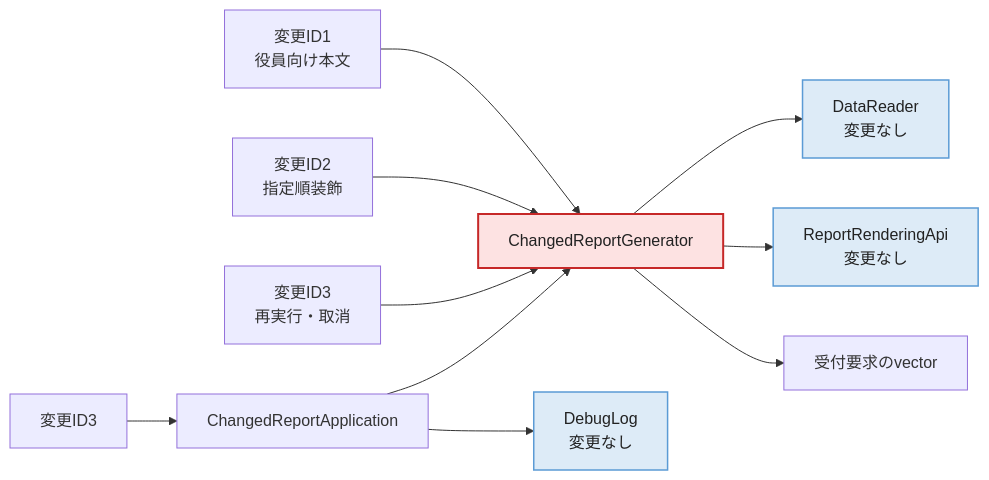
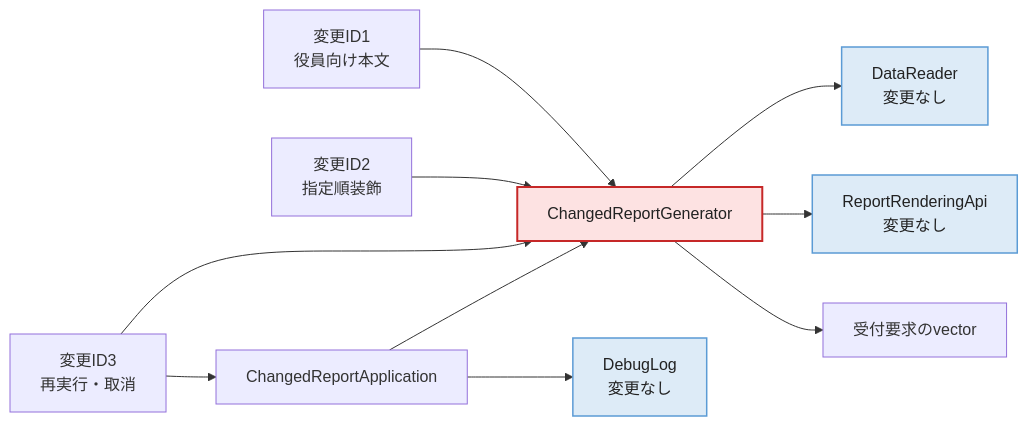
One commit to kumachan1101-pixel/DesignPattern changed the fourth of 18 diagrams in kindle/design-patterns/output/chapter11.md. Above: the diagram before and after it, drawn with Mermaid. The commit also changed other lines of this file and 13 other files, not shown here.

````diff
--- a/kindle/design-patterns/output/chapter11.md
+++ b/kindle/design-patterns/output/chapter11.md
@@ -1003,16 +1003,16 @@
 ```mermaid
 graph LR
     C1["変更ID1<br/>役員向け本文"] --> G["ChangedReportGenerator"]
     C2["変更ID2<br/>指定順装飾"] --> G
     C3["変更ID3<br/>再実行・取消"] --> G
-    変更ID3 --> APP["ChangedReportApplication"]
+    C3 --> APP["ChangedReportApplication"]
     APP --> G
     APP --> L["DebugLog<br/>変更なし"]:::stable
     G --> D["DataReader<br/>変更なし"]:::stable
     G --> A["ReportRenderingApi<br/>変更なし"]:::stable
     G --> H["受付要求のvector"]
 
     classDef pain fill:#FDE2E2,stroke:#C62828,stroke-width:2px,color:#222
     classDef stable fill:#DDEBF7,stroke:#5B9BD5,stroke-width:1.5px,color:#222
     class G pain
 ```
````
